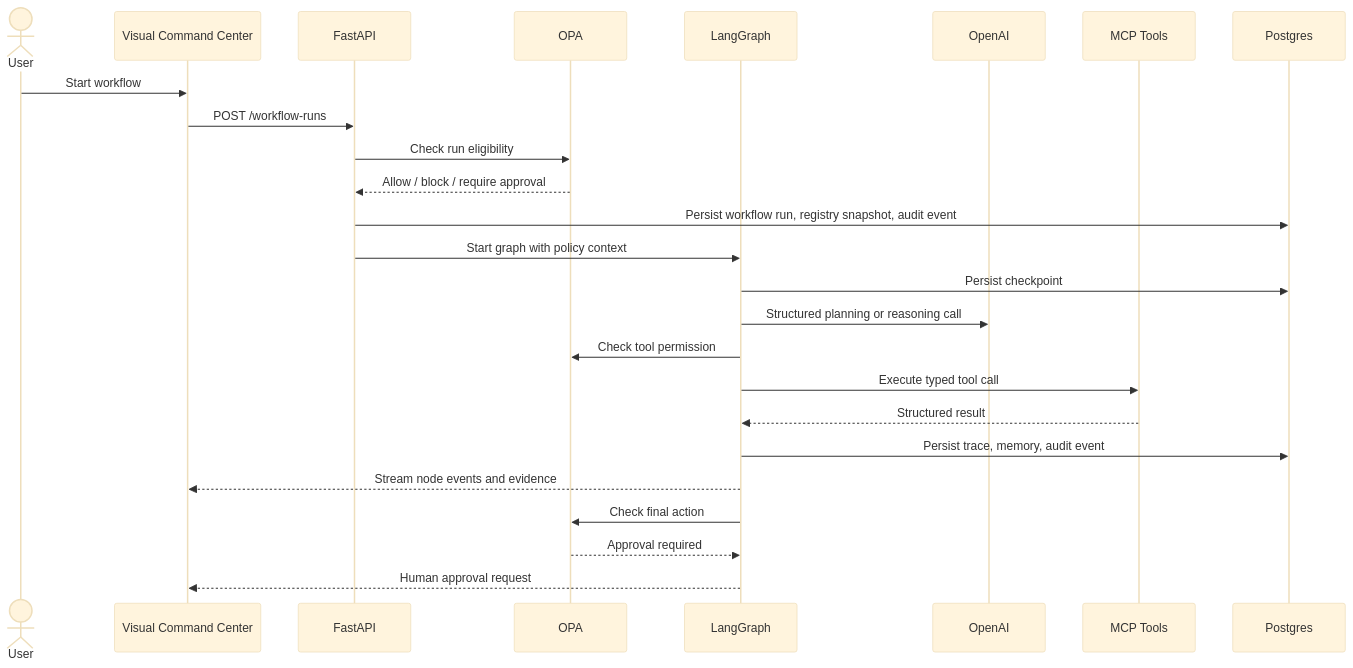
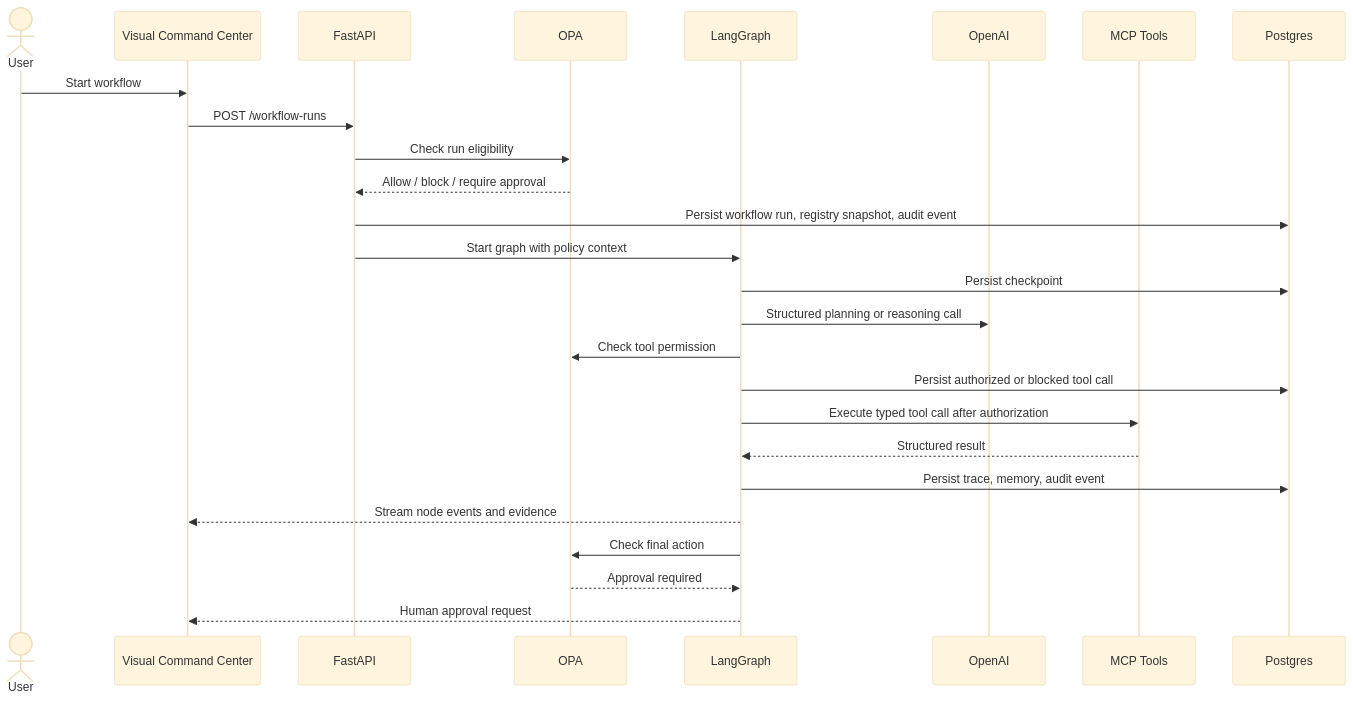
Before and after one commit to ajaycyril/aegisops-agentic-portfolio: the second of 2 diagrams in docs/architecture/01-system-architecture.md, drawn with Mermaid (base theme). The commit also changed 12 other files, not shown here.

Commit message:
Add policy checked tool authorization

````diff
--- a/docs/architecture/01-system-architecture.md
+++ b/docs/architecture/01-system-architecture.md
@@ -74,28 +74,29 @@
 ```mermaid
 sequenceDiagram
   actor User
   participant UI as Visual Command Center
   participant API as FastAPI
   participant Policy as OPA
   participant Graph as LangGraph
   participant Model as OpenAI
   participant Tools as MCP Tools
   participant DB as Postgres
 
   User->>UI: Start workflow
   UI->>API: POST /workflow-runs
   API->>Policy: Check run eligibility
   Policy-->>API: Allow / block / require approval
   API->>DB: Persist workflow run, registry snapshot, audit event
   API->>Graph: Start graph with policy context
   Graph->>DB: Persist checkpoint
   Graph->>Model: Structured planning or reasoning call
   Graph->>Policy: Check tool permission
-  Graph->>Tools: Execute typed tool call
+  Graph->>DB: Persist authorized or blocked tool call
+  Graph->>Tools: Execute typed tool call after authorization
   Tools-->>Graph: Structured result
   Graph->>DB: Persist trace, memory, audit event
   Graph-->>UI: Stream node events and evidence
   Graph->>Policy: Check final action
   Policy-->>Graph: Approval required
   Graph-->>UI: Human approval request
 ```
````
